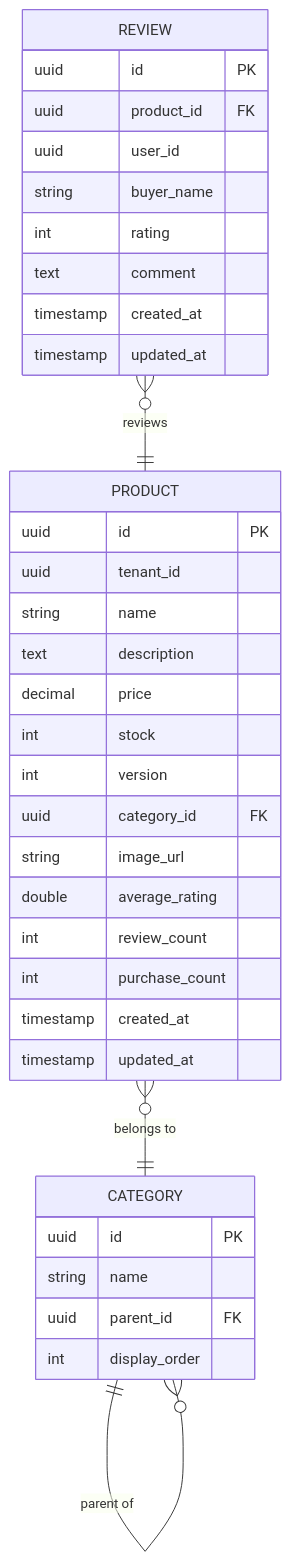
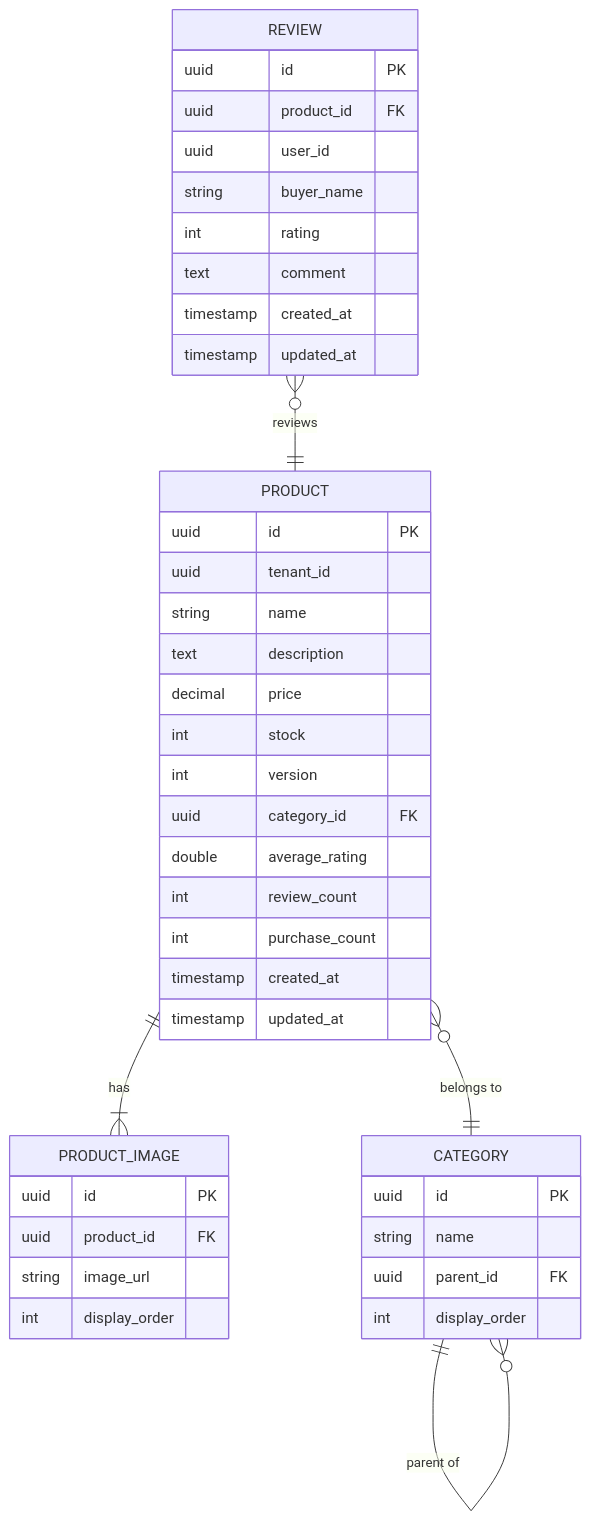
Before and after one commit to stefann5/marketplace: the diagram in diagrams/catalog-service/er-diagram.md, drawn with Mermaid. The commit also changed 2 other files, not shown here.

Commit message:
Update diagrams and README for multiple product images

````diff
--- a/diagrams/catalog-service/er-diagram.md
+++ b/diagrams/catalog-service/er-diagram.md
@@ -3,41 +3,48 @@
 ```mermaid
 erDiagram
     PRODUCT {
         uuid id PK
         uuid tenant_id
         string name
         text description
         decimal price
         int stock
         int version
         uuid category_id FK
-        string image_url
         double average_rating
         int review_count
         int purchase_count
         timestamp created_at
         timestamp updated_at
+    }
+
+    PRODUCT_IMAGE {
+        uuid id PK
+        uuid product_id FK
+        string image_url
+        int display_order
     }
 
     CATEGORY {
         uuid id PK
         string name
         uuid parent_id FK
         int display_order
     }
 
     REVIEW {
         uuid id PK
         uuid product_id FK
         uuid user_id
         string buyer_name
         int rating
         text comment
         timestamp created_at
         timestamp updated_at
     }
 
     PRODUCT }o--|| CATEGORY : "belongs to"
+    PRODUCT ||--|{ PRODUCT_IMAGE : "has"
     REVIEW }o--|| PRODUCT : "reviews"
     CATEGORY ||--o{ CATEGORY : "parent of"
 ```
````
